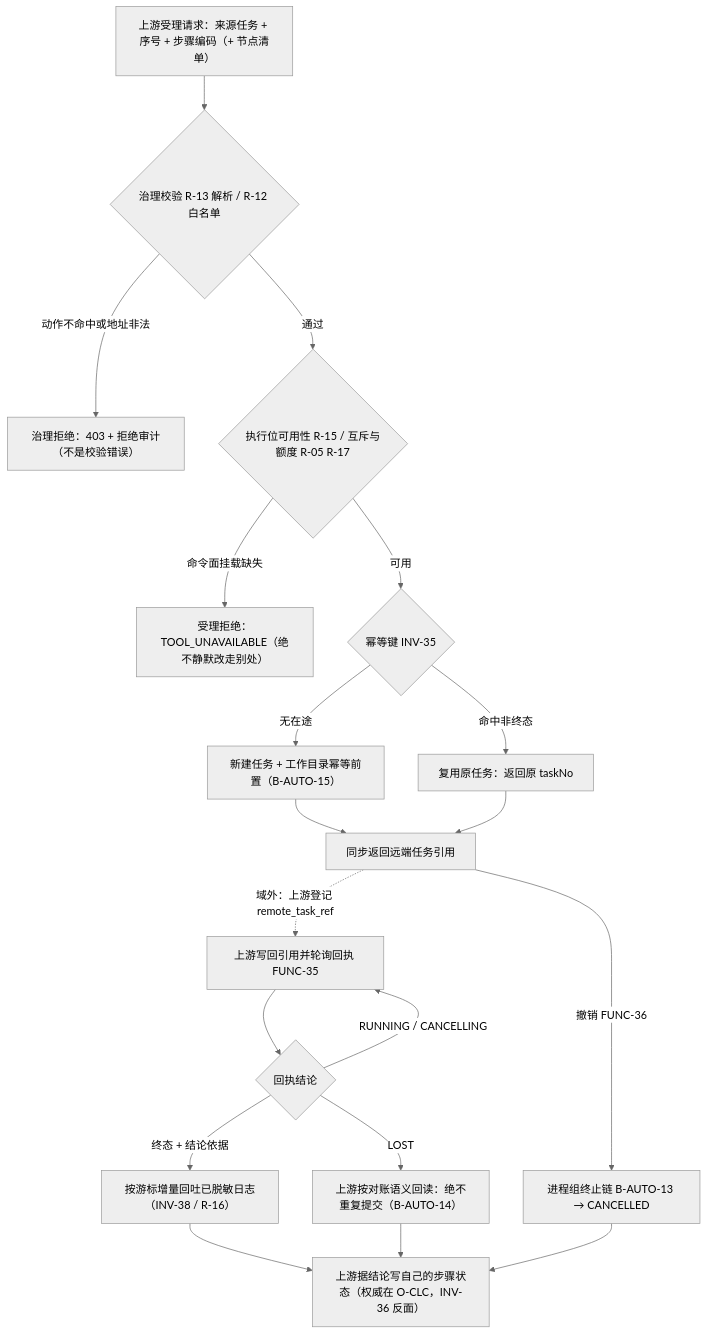
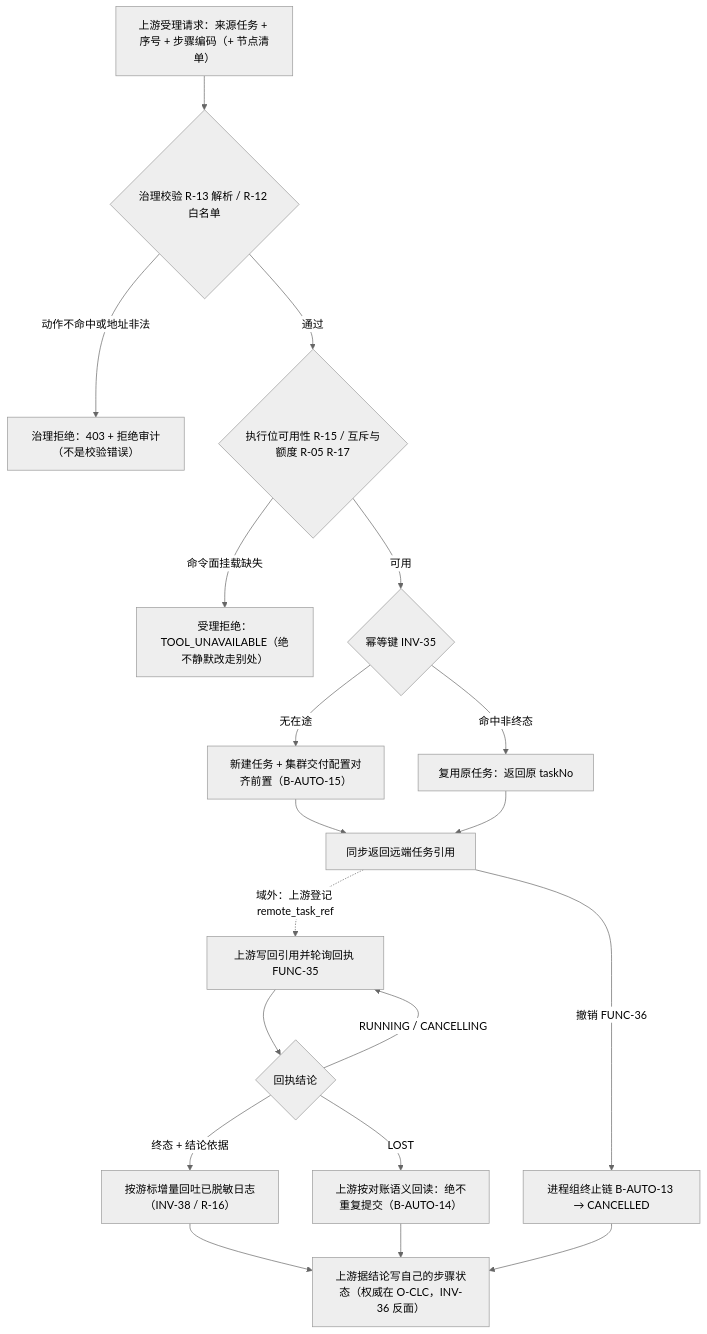
The eighth of 9 diagrams in design/spec/需求规格说明书-OPIC-交付执行域.md (Project-Opic/opic-ign), drawn with Mermaid (neutral theme) before and after one commit. The commit also changed other lines of this file and 27 other files, not shown here.

````diff
--- a/design/spec/需求规格说明书-OPIC-交付执行域.md
+++ b/design/spec/需求规格说明书-OPIC-交付执行域.md
@@ -1027,21 +1044,21 @@
 ```mermaid
 flowchart TD
     A["上游受理请求：来源任务 + 序号 + 步骤编码（+ 节点清单）"] --> B{"治理校验 R-13 解析 / R-12 白名单"}
     B -->|动作不命中或地址非法| Z1["治理拒绝：403 + 拒绝审计（不是校验错误）"]
     B -->|通过| C{"执行位可用性 R-15 / 互斥与额度 R-05 R-17"}
     C -->|命令面挂载缺失| Z2["受理拒绝：TOOL_UNAVAILABLE（绝不静默改走别处）"]
     C -->|可用| D{"幂等键 INV-35"}
     D -->|命中非终态| E["复用原任务：返回原 taskNo"]
-    D -->|无在途| F["新建任务 + 工作目录幂等前置（B-AUTO-15）"]
+    D -->|无在途| F["新建任务 + 集群交付配置对齐前置（B-AUTO-15）"]
     F --> G["同步返回远端任务引用"]
     E --> G
     G -.->|域外：上游登记 remote_task_ref| H["上游写回引用并轮询回执 FUNC-35"]
     H --> I{"回执结论"}
     I -->|RUNNING / CANCELLING| H
     I -->|终态 + 结论依据| J["按游标增量回吐已脱敏日志（INV-38 / R-16）"]
     I -->|LOST| K["上游按对账语义回读：绝不重复提交（B-AUTO-14）"]
     G -->|撤销 FUNC-36| L["进程组终止链 B-AUTO-13 → CANCELLED"]
     J --> M["上游据结论写自己的步骤状态（权威在 O-CLC，INV-36 反面）"]
     K --> M
     L --> M
 ```
````
